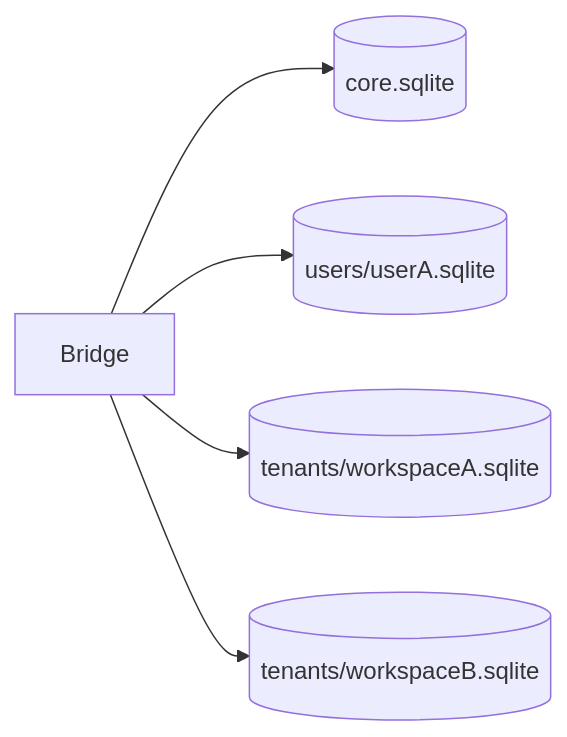
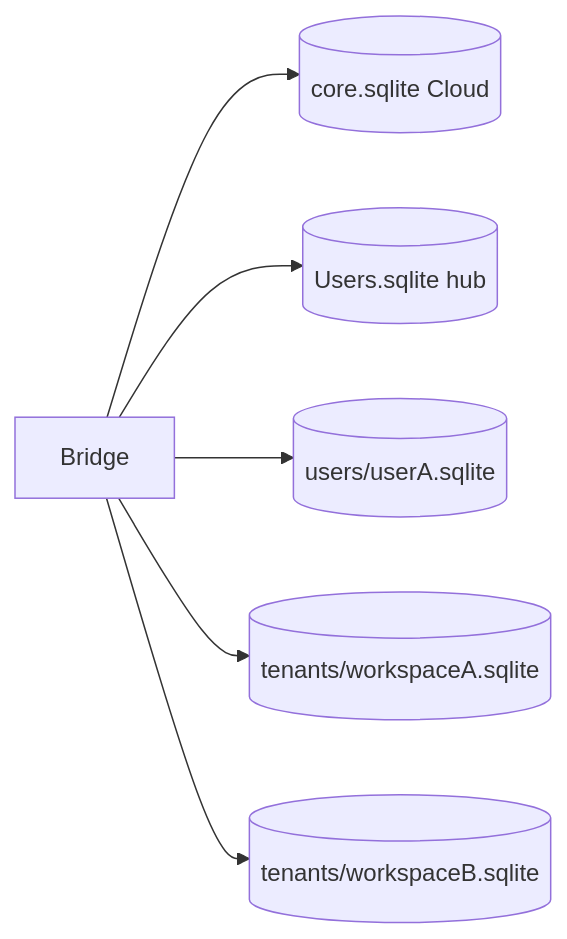
Before and after one commit to ReBoticsAI/GodMode: the second of 4 diagrams in docs/architecture.md, drawn with Mermaid. The commit also changed other lines of this file and 28 other files, not shown here.

First line of the commit message:
Split host hub surfaces into Users.sqlite beside Cloud core.

````diff
--- a/docs/architecture.md
+++ b/docs/architecture.md
@@ -58,12 +58,14 @@
 ```mermaid
 flowchart LR
   Bridge[Bridge]
-  Core[(core.sqlite)]
+  Cloud[(core.sqlite Cloud)]
+  HostUsers[(Users.sqlite hub)]
   U1[(users/userA.sqlite)]
   T1[(tenants/workspaceA.sqlite)]
   T2[(tenants/workspaceB.sqlite)]
-  Bridge --> Core
+  Bridge --> Cloud
+  Bridge --> HostUsers
   Bridge --> U1
   Bridge --> T1
   Bridge --> T2
 ```
````
